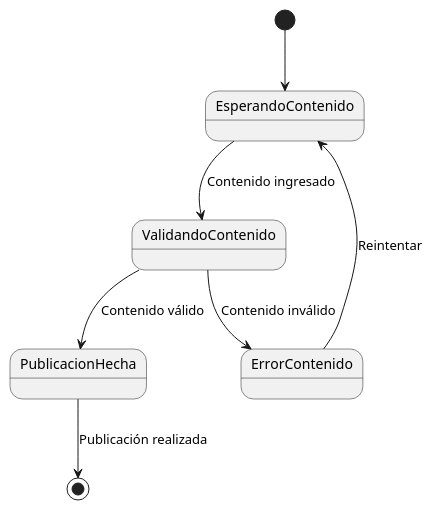
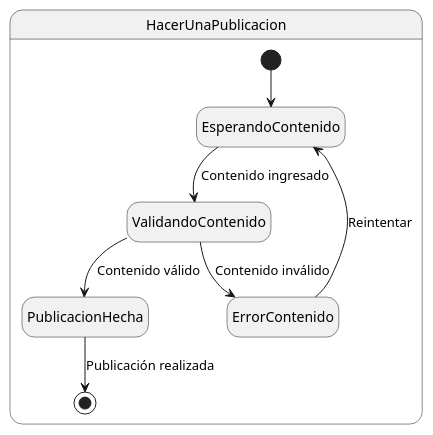
One commit to Andreinalcm/Proyecto_de_inge_grupo4 changed the diagram in docs/scenariosView/DisciplinaDeRequisitos/diagramaDeEstadoHacerUnaPublicacion.plantuml. Above: the diagram before and after it, drawn with PlantUML. The commit also changed 14 other files, not shown here.

```diff
--- a/docs/scenariosView/DisciplinaDeRequisitos/diagramaDeEstadoHacerUnaPublicacion.plantuml
+++ b/docs/scenariosView/DisciplinaDeRequisitos/diagramaDeEstadoHacerUnaPublicacion.plantuml
@@ -1,8 +1,14 @@
 @startuml Hacer una publicacion uc7
-[*] --> EsperandoContenido
-EsperandoContenido --> ValidandoContenido : Contenido ingresado
-ValidandoContenido --> PublicacionHecha : Contenido válido
-ValidandoContenido --> ErrorContenido : Contenido inválido
-ErrorContenido --> EsperandoContenido : Reintentar
-PublicacionHecha --> [*] : Publicación realizada
+
+hide empty description
+
+state HacerUnaPublicacion{
+    [*] --> EsperandoContenido
+    EsperandoContenido --> ValidandoContenido : Contenido ingresado
+    ValidandoContenido --> PublicacionHecha : Contenido válido
+    ValidandoContenido --> ErrorContenido : Contenido inválido
+    ErrorContenido --> EsperandoContenido : Reintentar
+    PublicacionHecha --> [*] : Publicación realizada
+}
+
 @enduml
```
